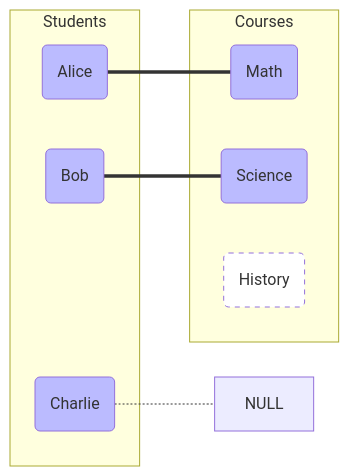
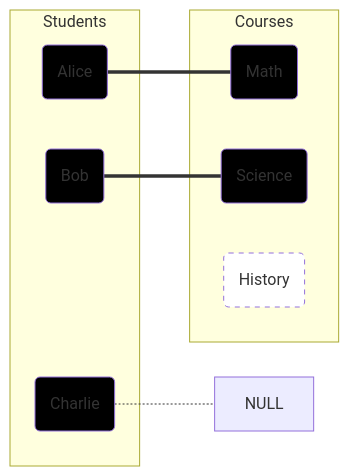
Before and after one commit to bvvivek6/PLACEMENT-REVISION: the second of 4 diagrams in DBMS/06-sql-intermediate.md, drawn with Mermaid. The commit also changed other lines of this file, not shown here.

````diff
--- a/DBMS/06-sql-intermediate.md
+++ b/DBMS/06-sql-intermediate.md
@@ -75,22 +75,22 @@
 ```mermaid
 graph LR
     subgraph Students
     S1(Alice)
     S2(Bob)
     S3(Charlie)
     end
     subgraph Courses
     C1(Math)
     C2(Science)
     C3(History)
     end
     S1 === C1
     S2 === C2
     S3 -.- NULL
-    style S1 fill:#bbf
-    style S2 fill:#bbf
-    style S3 fill:#bbf
-    style C1 fill:#bbf
-    style C2 fill:#bbf
+    style S1 fill:#000
+    style S2 fill:#000
+    style S3 fill:#000
+    style C1 fill:#000
+    style C2 fill:#000
     style C3 fill:#fff,stroke-dasharray: 5 5
 ```
````
